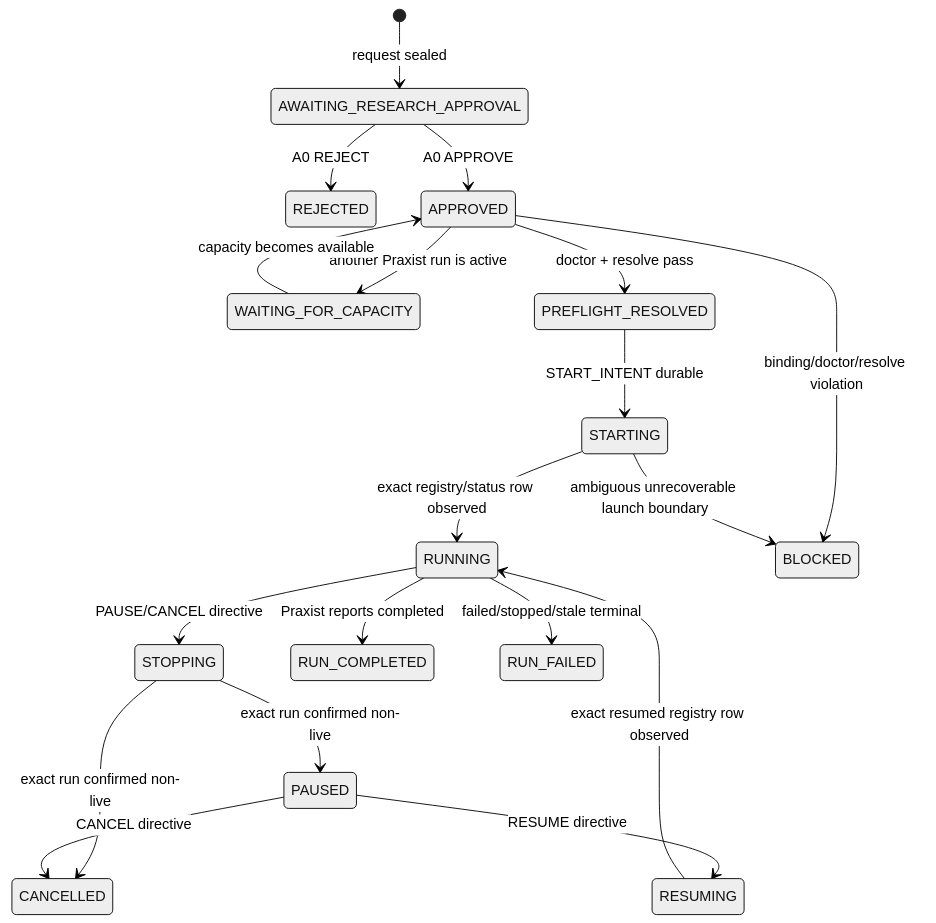
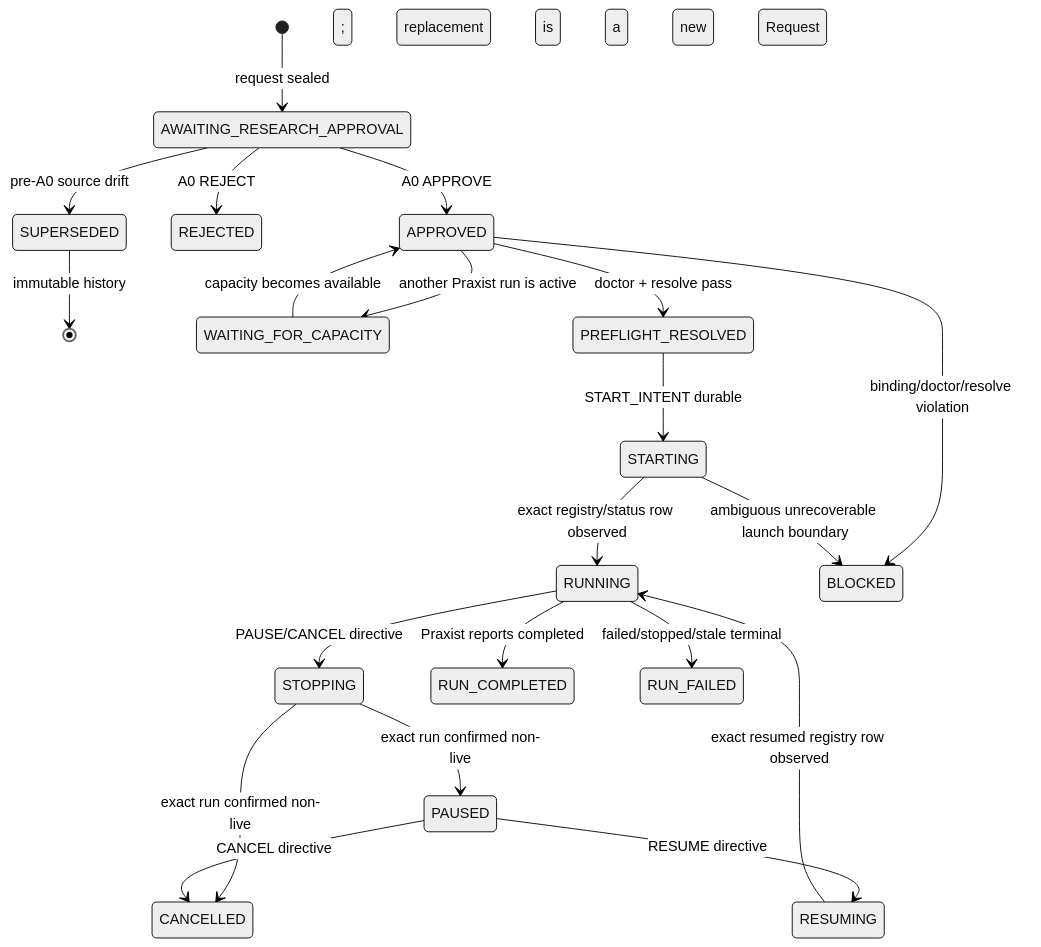
Before and after one commit to ronaldzgithub/VolvenceZero: the diagram in docs/specs/research-control-plane.md, drawn with Mermaid (neutral theme). The commit also changed other lines of this file and 15 other files, not shown here.

````diff
--- a/docs/specs/research-control-plane.md
+++ b/docs/specs/research-control-plane.md
@@ -173,21 +191,23 @@
 ```mermaid
 stateDiagram-v2
     [*] --> AWAITING_RESEARCH_APPROVAL: request sealed
+    AWAITING_RESEARCH_APPROVAL --> SUPERSEDED: pre-A0 source drift
+    SUPERSEDED --> [*]: immutable history; replacement is a new Request
     AWAITING_RESEARCH_APPROVAL --> REJECTED: A0 REJECT
     AWAITING_RESEARCH_APPROVAL --> APPROVED: A0 APPROVE
     APPROVED --> WAITING_FOR_CAPACITY: another Praxist run is active
     WAITING_FOR_CAPACITY --> APPROVED: capacity becomes available
     APPROVED --> PREFLIGHT_RESOLVED: doctor + resolve pass
     PREFLIGHT_RESOLVED --> STARTING: START_INTENT durable
     STARTING --> RUNNING: exact registry/status row observed
     RUNNING --> STOPPING: PAUSE/CANCEL directive
     STOPPING --> PAUSED: exact run confirmed non-live
     STOPPING --> CANCELLED: exact run confirmed non-live
     PAUSED --> RESUMING: RESUME directive
     RESUMING --> RUNNING: exact resumed registry row observed
     PAUSED --> CANCELLED: CANCEL directive
     RUNNING --> RUN_COMPLETED: Praxist reports completed
     RUNNING --> RUN_FAILED: failed/stopped/stale terminal
     APPROVED --> BLOCKED: binding/doctor/resolve violation
     STARTING --> BLOCKED: ambiguous unrecoverable launch boundary
 ```
````
